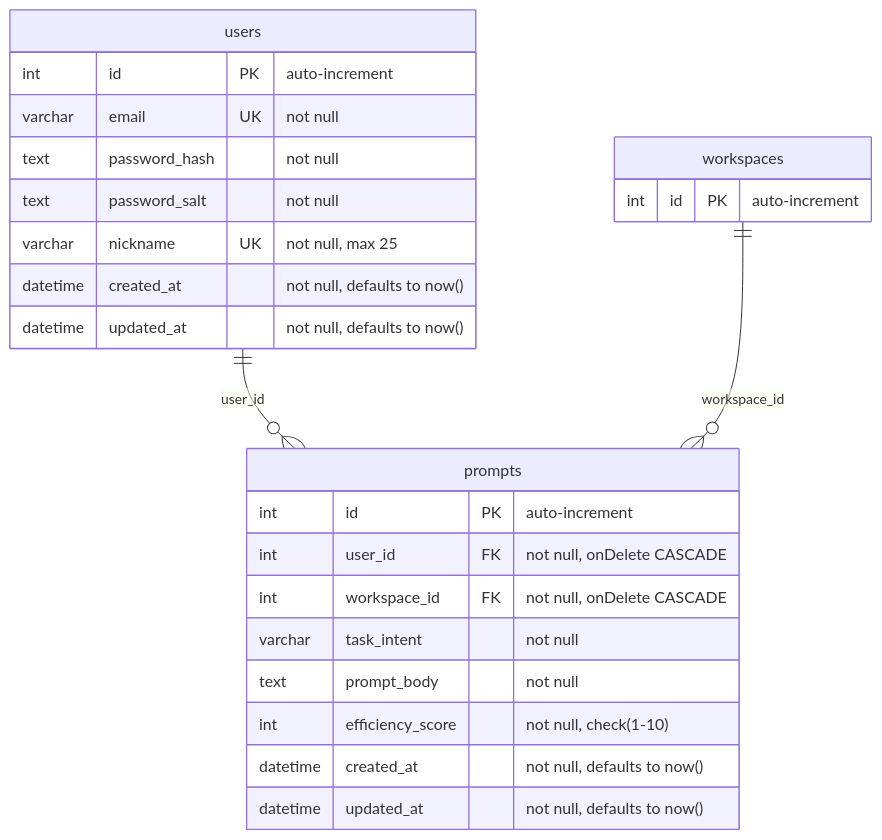
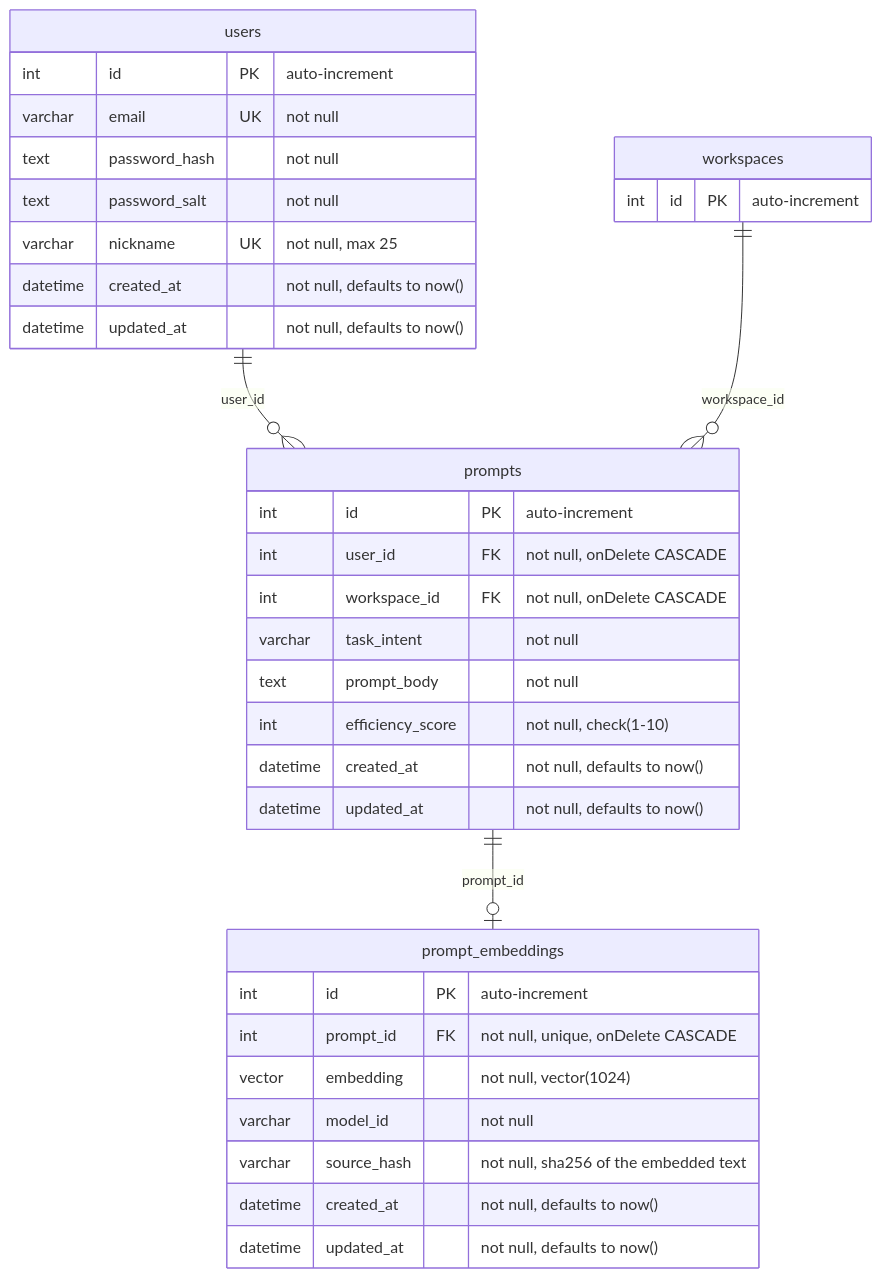
One commit to BinaryStudioAcademy/bsa-2026-promtomat changed the diagram in readme.md. Above: the diagram before and after it, drawn with Mermaid. The commit also changed other lines of this file, not shown here.

Commit message:
docs: document the prompt embeddings table in the readme pm-76 (#148)

````diff
--- a/readme.md
+++ b/readme.md
@@ -40,30 +42,41 @@
 ```mermaid
 erDiagram
     users ||--o{ prompts : "user_id"
     workspaces ||--o{ prompts : "workspace_id"
+    prompts ||--o| prompt_embeddings : "prompt_id"
 
     users {
         int id PK "auto-increment"
         varchar email UK "not null"
         text password_hash "not null"
         text password_salt "not null"
         varchar nickname UK "not null, max 25"
         datetime created_at "not null, defaults to now()"
         datetime updated_at "not null, defaults to now()"
     }
 
     workspaces {
         int id PK "auto-increment"
     }
 
     prompts {
         int id PK "auto-increment"
         int user_id FK "not null, onDelete CASCADE"
         int workspace_id FK "not null, onDelete CASCADE"
         varchar task_intent "not null"
         text prompt_body "not null"
         int efficiency_score "not null, check(1-10)"
         datetime created_at "not null, defaults to now()"
         datetime updated_at "not null, defaults to now()"
     }
+
+    prompt_embeddings {
+        int id PK "auto-increment"
+        int prompt_id FK "not null, unique, onDelete CASCADE"
+        vector embedding "not null, vector(1024)"
+        varchar model_id "not null"
+        varchar source_hash "not null, sha256 of the embedded text"
+        datetime created_at "not null, defaults to now()"
+        datetime updated_at "not null, defaults to now()"
+    }
 ```
````
